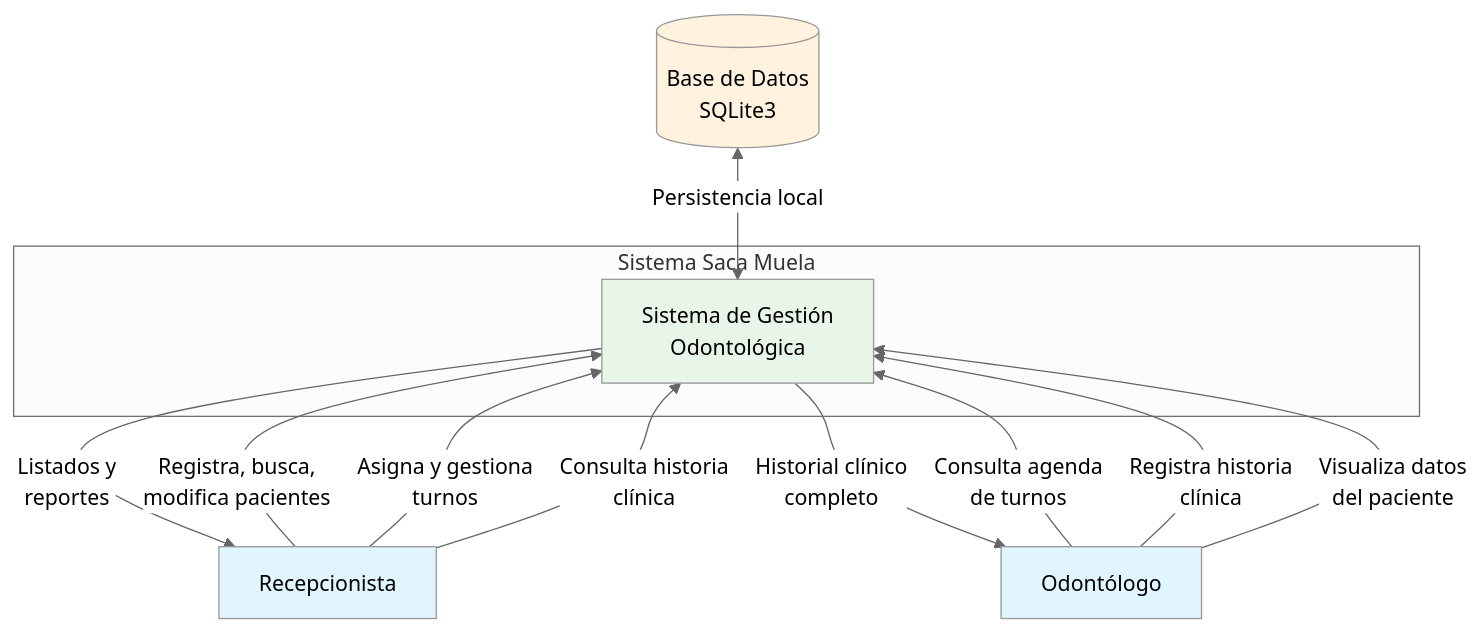
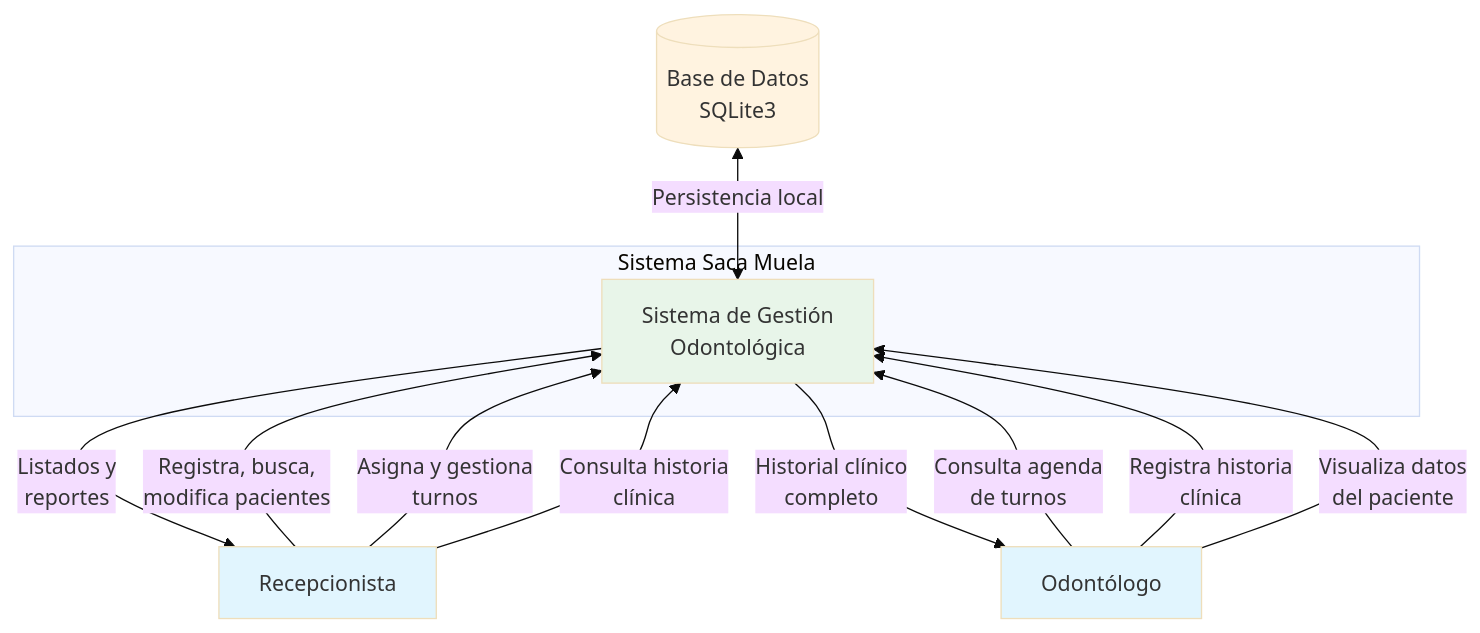
One commit to estebanmatias92/tecnicatura-algoritmos-y-estructuras-de-datos-ii changed the diagram in 30-assignments/2026-06-03/code/docs/diagrama-de-contexto.md. Above: the diagram before and after it, drawn with Mermaid.

Commit message:
Changing mermaid themes for dark background constrast

````diff
--- a/30-assignments/2026-06-03/code/docs/diagrama-de-contexto.md
+++ b/30-assignments/2026-06-03/code/docs/diagrama-de-contexto.md
@@ -5,28 +5,28 @@
 ```mermaid
 ---
 config:
-  theme: 'neutral'
+  theme: 'base'
 ---
 graph TD
     subgraph "Sistema Saca Muela"
         SM[Sistema de Gestión<br>Odontológica]
     end
 
     A[Recepcionista] -->|Registra, busca,<br>modifica pacientes| SM
     A -->|Asigna y gestiona<br>turnos| SM
     A -->|Consulta historia<br>clínica| SM
 
     B[Odontólogo] -->|Consulta agenda<br>de turnos| SM
     B -->|Registra historia<br>clínica| SM
     B -->|Visualiza datos<br>del paciente| SM
 
     DB[(Base de Datos<br>SQLite3)] <-->|Persistencia local| SM
 
     SM -->|Listados y<br>reportes| A
     SM -->|Historial clínico<br>completo| B
 
     style A fill:#e1f5fe
     style B fill:#e1f5fe
     style DB fill:#fff3e0
     style SM fill:#e8f5e9
 ```
````
